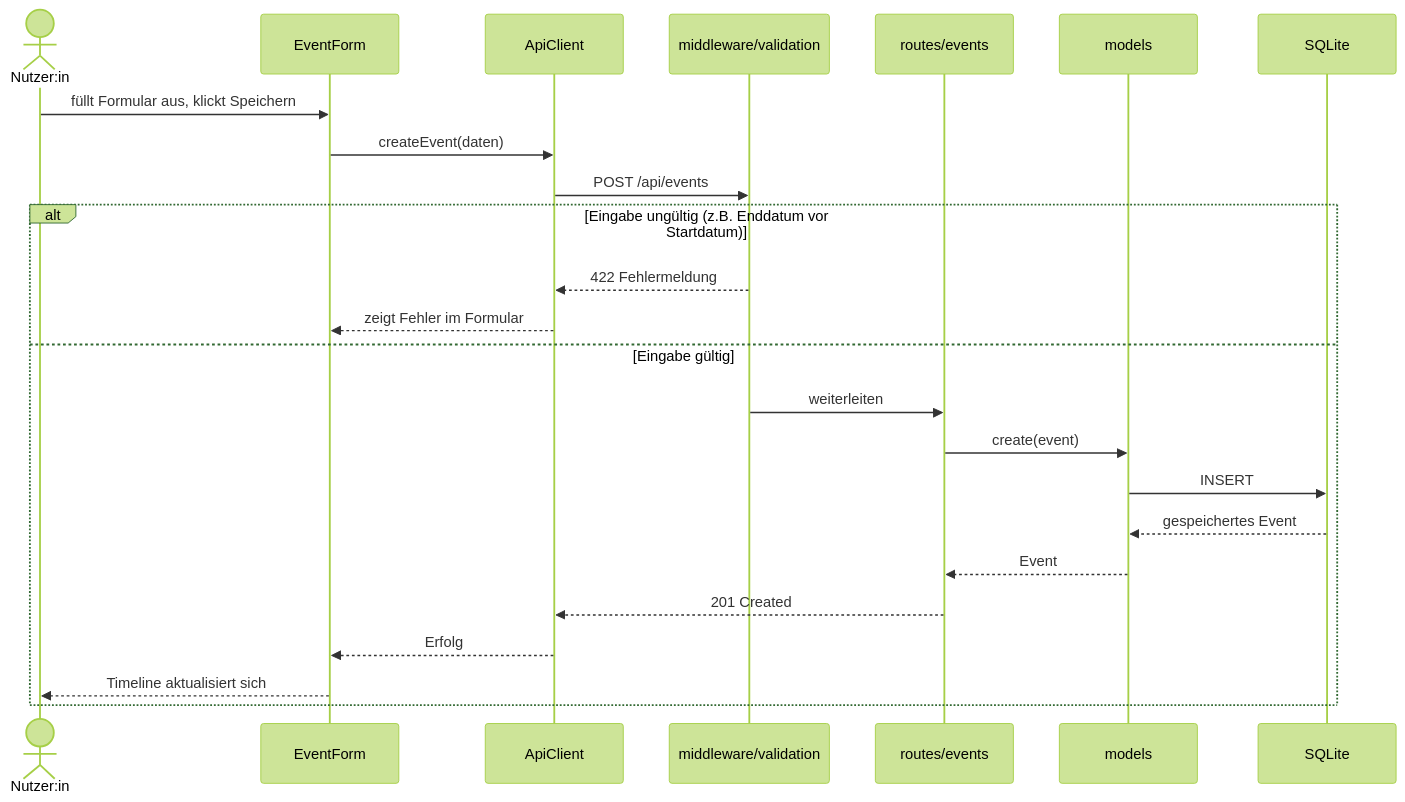
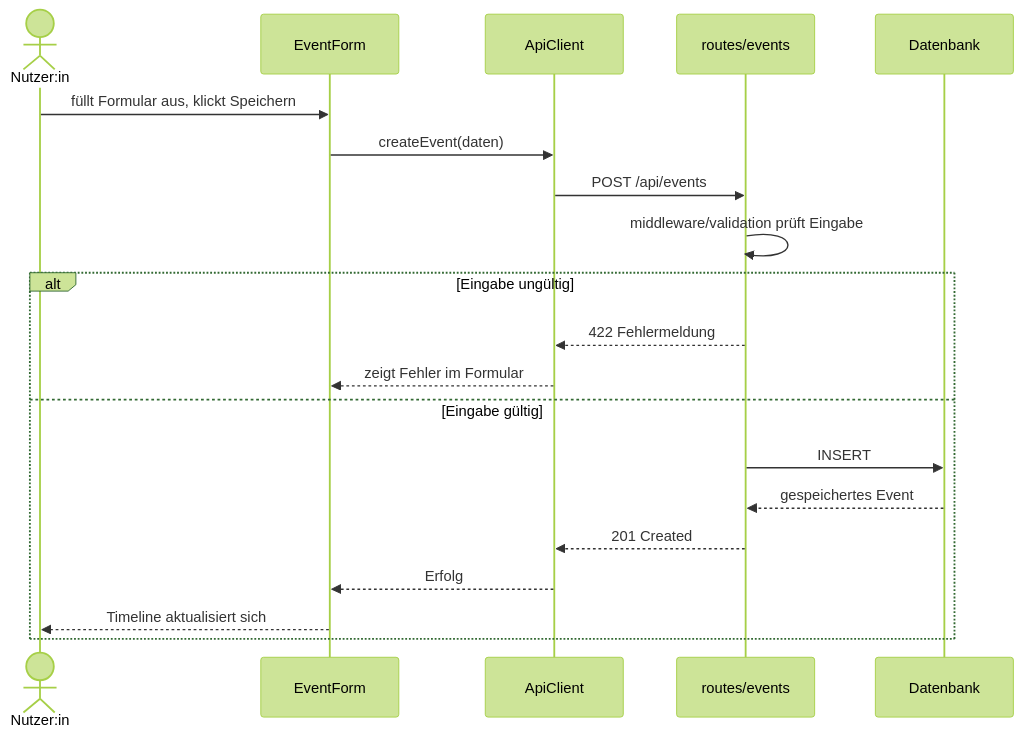
The first of 3 diagrams in docs/arch/A06-Laufzeitansicht.md (ksukh-ux/lifeline-project), drawn with Mermaid (forest theme) before and after one commit. The commit also changed other lines of this file, not shown here.

Commit message:
docs(arch): align sequence diagrams with actual code and building blocks

````diff
--- a/docs/arch/A06-Laufzeitansicht.md
+++ b/docs/arch/A06-Laufzeitansicht.md
@@ -17,27 +20,23 @@
 ```mermaid
 sequenceDiagram
     actor N as Nutzer:in
     participant EF as EventForm
     participant AC as ApiClient
-    participant MW as middleware/validation
     participant R as routes/events
-    participant M as models
-    participant DB as SQLite
+    participant DB as Datenbank
 
     N->>EF: füllt Formular aus, klickt Speichern
     EF->>AC: createEvent(daten)
-    AC->>MW: POST /api/events
-    alt Eingabe ungültig (z.B. Enddatum vor Startdatum)
-        MW-->>AC: 422 Fehlermeldung
+    AC->>R: POST /api/events
+    R->>R: middleware/validation prüft Eingabe
+    alt Eingabe ungültig
+        R-->>AC: 422 Fehlermeldung
         AC-->>EF: zeigt Fehler im Formular
     else Eingabe gültig
-        MW->>R: weiterleiten
-        R->>M: create(event)
-        M->>DB: INSERT
-        DB-->>M: gespeichertes Event
-        M-->>R: Event
+        R->>DB: INSERT
+        DB-->>R: gespeichertes Event
         R-->>AC: 201 Created
         AC-->>EF: Erfolg
         EF-->>N: Timeline aktualisiert sich
     end
 ```
````
